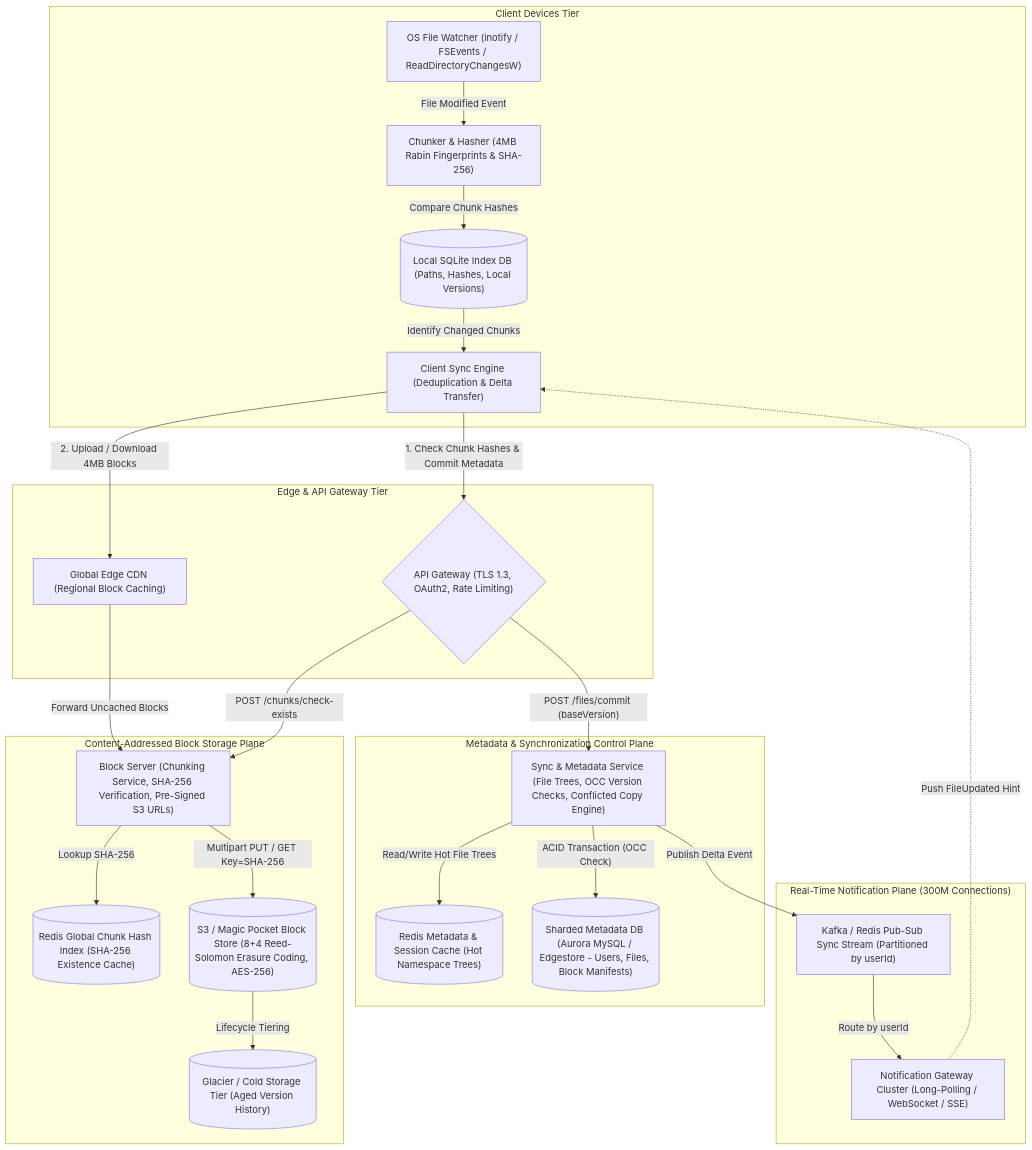
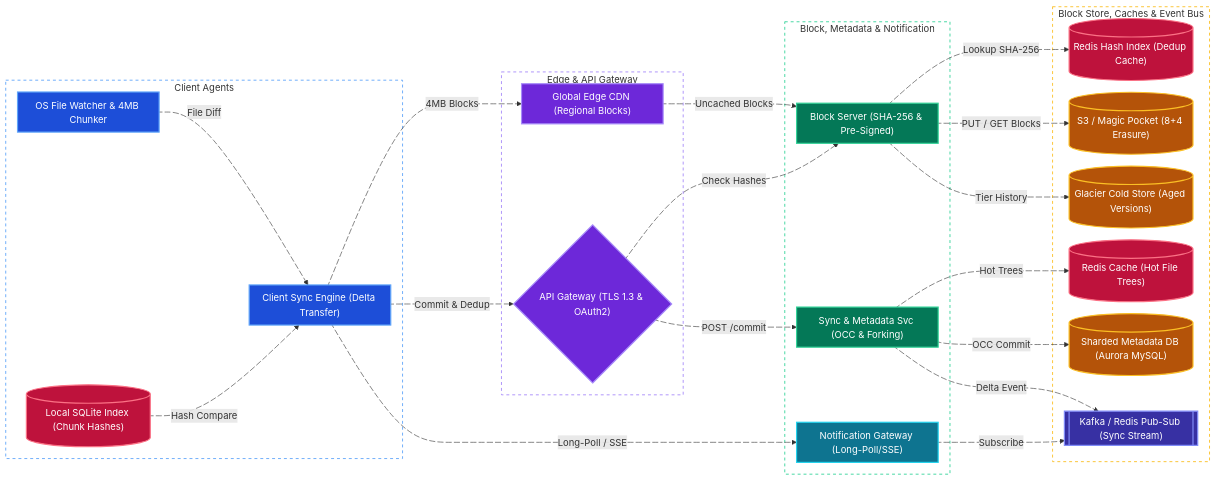
Before and after one commit to tarunbatta/tech-interview-prep: the fourth of 4 diagrams in system-design/dropbox.md, drawn with Mermaid. The commit also changed other lines of this file and 30 other files, not shown here.

First line of the commit message:
docs(system-design): convert Mermaid flowcharts to LR with colors and animated edges

````diff
--- a/system-design/dropbox.md
+++ b/system-design/dropbox.md
@@ -259,44 +289,78 @@
 ```mermaid
-flowchart TD
-    subgraph ClientTier["Client Devices Tier"]
-        Watcher["OS File Watcher (inotify / FSEvents / ReadDirectoryChangesW)"]
-        Chunker["Chunker & Hasher (4MB Rabin Fingerprints & SHA-256)"]
-        LocalDB[("Local SQLite Index DB (Paths, Hashes, Local Versions)")]
-        SyncEng["Client Sync Engine (Deduplication & Delta Transfer)"]
-        Watcher -->|"File Modified Event"| Chunker
-        Chunker -->|"Compare Chunk Hashes"| LocalDB
-        LocalDB -->|"Identify Changed Chunks"| SyncEng
+%%{init: {'flowchart': {'nodeSpacing': 20, 'rankSpacing': 40, 'padding': 10}}}%%
+flowchart LR
+    subgraph ClientTier["Client Agents"]
+        Watcher["OS File Watcher & 4MB Chunker"]
+        LocalDB[("Local SQLite Index (Chunk Hashes)")]
+        SyncEng["Client Sync Engine (Delta Transfer)"]
     end
-    subgraph EdgeTier["Edge & API Gateway Tier"]
-        EdgeCDN["Global Edge CDN (Regional Block Caching)"]
-        Gateway{"API Gateway (TLS 1.3, OAuth2, Rate Limiting)"}
+    subgraph EdgeTier["Edge & API Gateway"]
+        EdgeCDN["Global Edge CDN (Regional Blocks)"]
+        Gateway{"API Gateway (TLS 1.3 & OAuth2)"}
     end
-    subgraph BlockStoragePlane["Content-Addressed Block Storage Plane"]
-        BlockSvc["Block Server (Chunking Service, SHA-256 Verification, Pre-Signed S3 URLs)"]
-        DedupCache[("Redis Global Chunk Hash Index (SHA-256 Existence Cache)")]
-        MagicPocket[("S3 / Magic Pocket Block Store (8+4 Reed-Solomon Erasure Coding, AES-256)")]
-        ColdArchive[("Glacier / Cold Storage Tier (Aged Version History)")]
+    subgraph CoreServices["Block, Metadata & Notification"]
+        BlockSvc["Block Server (SHA-256 & Pre-Signed)"]
+        SyncSvc["Sync & Metadata Svc (OCC & Forking)"]
+        NotifSvc["Notification Gateway (Long-Poll/SSE)"]
     end
-    subgraph MetadataSyncPlane["Metadata & Synchronization Control Plane"]
-        SyncSvc["Sync & Metadata Service (File Trees, OCC Version Checks, Conflicted Copy Engine)"]
-        MetaCache[("Redis Metadata & Session Cache (Hot Namespace Trees)")]
-        MetaDB[("Sharded Metadata DB (Aurora MySQL / Edgestore - Users, Files, Block Manifests)")]
+    subgraph DataAndEventTier["Block Store, Caches & Event Bus"]
+        DedupCache[("Redis Hash Index (Dedup Cache)")]
+        MagicPocket[("S3 / Magic Pocket (8+4 Erasure)")]
+        ColdArchive[("Glacier Cold Store (Aged Versions)")]
+        MetaCache[("Redis Cache (Hot File Trees)")]
+        MetaDB[("Sharded Metadata DB (Aurora MySQL)")]
+        KafkaBus[["Kafka / Redis Pub-Sub (Sync Stream)"]]
     end
-    subgraph NotificationPlane["Real-Time Notification Plane (300M Connections)"]
-        KafkaBus["Kafka / Redis Pub-Sub Sync Stream (Partitioned by userId)"]
-        NotifSvc["Notification Gateway Cluster (Long-Polling / WebSocket / SSE)"]
-    end
-    SyncEng -->|"1. Check Chunk Hashes & Commit Metadata"| Gateway
-    SyncEng -->|"2. Upload / Download 4MB Blocks"| EdgeCDN
-    EdgeCDN -->|"Forward Uncached Blocks"| BlockSvc
-    Gateway -->|"POST /chunks/check-exists"| BlockSvc
-    BlockSvc -->|"Lookup SHA-256"| DedupCache
-    BlockSvc -->|"Multipart PUT / GET Key=SHA-256"| MagicPocket
-    MagicPocket -->|"Lifecycle Tiering"| ColdArchive
-    Gateway -->|"POST /files/commit (baseVersion)"| SyncSvc
-    SyncSvc -->|"Read/Write Hot File Trees"| MetaCache
-    SyncSvc -->|"ACID Transaction (OCC Check)"| MetaDB
-    SyncSvc -->|"Publish Delta Event"| KafkaBus
-    KafkaBus -->|"Route by userId"| NotifSvc
-    NotifSvc -.->|"Push FileUpdated Hint"| SyncEng
+    Watcher e1@-->|"File Diff"| SyncEng
+    LocalDB e2@-->|"Hash Compare"| SyncEng
+    SyncEng e3@-->|"4MB Blocks"| EdgeCDN
+    SyncEng e4@-->|"Commit & Dedup"| Gateway
+    SyncEng e5@-.->|"Long-Poll / SSE"| NotifSvc
+    EdgeCDN e6@-->|"Uncached Blocks"| BlockSvc
+    Gateway e7@-->|"Check Hashes"| BlockSvc
+    Gateway e8@-->|"POST /commit"| SyncSvc
+    BlockSvc e9@-->|"Lookup SHA-256"| DedupCache
+    BlockSvc e10@-->|"PUT / GET Blocks"| MagicPocket
+    BlockSvc e11@-->|"Tier History"| ColdArchive
+    SyncSvc e12@-->|"Hot Trees"| MetaCache
+    SyncSvc e13@-->|"OCC Commit"| MetaDB
+    SyncSvc e14@-->|"Delta Event"| KafkaBus
+    NotifSvc e15@-->|"Subscribe"| KafkaBus
+
+    e1@{ animate: true }
+    e2@{ animate: true }
+    e3@{ animate: true }
+    e4@{ animate: true }
+    e5@{ animate: true }
+    e6@{ animate: true }
+    e7@{ animate: true }
+    e8@{ animate: true }
+    e9@{ animate: true }
+    e10@{ animate: true }
+    e11@{ animate: true }
+    e12@{ animate: true }
+    e13@{ animate: true }
+    e14@{ animate: true }
+    e15@{ animate: true }
+
+    classDef client fill:#1d4ed8,stroke:#60a5fa,stroke-width:2px,color:#ffffff
+    classDef edge fill:#6d28d9,stroke:#a78bfa,stroke-width:2px,color:#ffffff
+    classDef service fill:#047857,stroke:#34d399,stroke-width:2px,color:#ffffff
+    classDef worker fill:#0e7490,stroke:#22d3ee,stroke-width:2px,color:#ffffff
+    classDef cache fill:#be123c,stroke:#fb7185,stroke-width:2px,color:#ffffff
+    classDef storage fill:#b45309,stroke:#fbbf24,stroke-width:2px,color:#ffffff
+    classDef queue fill:#3730a3,stroke:#818cf8,stroke-width:2px,color:#ffffff
+
+    class Watcher,SyncEng client
+    class EdgeCDN,Gateway edge
+    class BlockSvc,SyncSvc service
+    class NotifSvc worker
+    class LocalDB,DedupCache,MetaCache cache
+    class MagicPocket,ColdArchive,MetaDB storage
+    class KafkaBus queue
+
+    style ClientTier fill:transparent,stroke:#60a5fa,stroke-width:1.5px,stroke-dasharray: 5 5
+    style EdgeTier fill:transparent,stroke:#a78bfa,stroke-width:1.5px,stroke-dasharray: 5 5
+    style CoreServices fill:transparent,stroke:#34d399,stroke-width:1.5px,stroke-dasharray: 5 5
+    style DataAndEventTier fill:transparent,stroke:#fbbf24,stroke-width:1.5px,stroke-dasharray: 5 5
 ```
````
